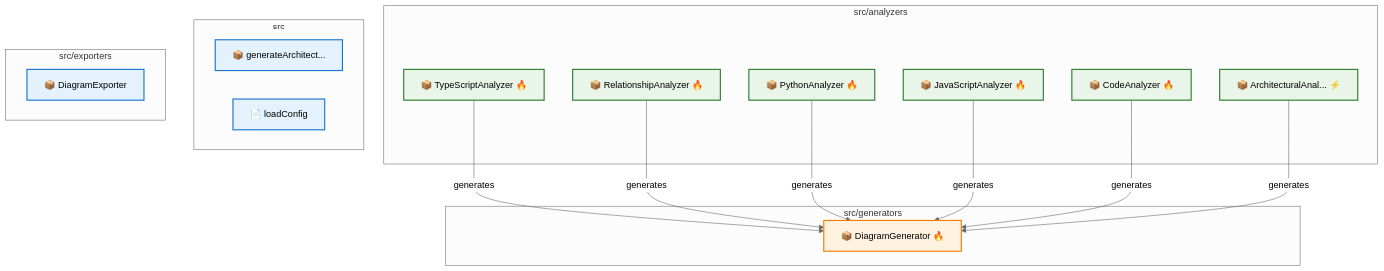
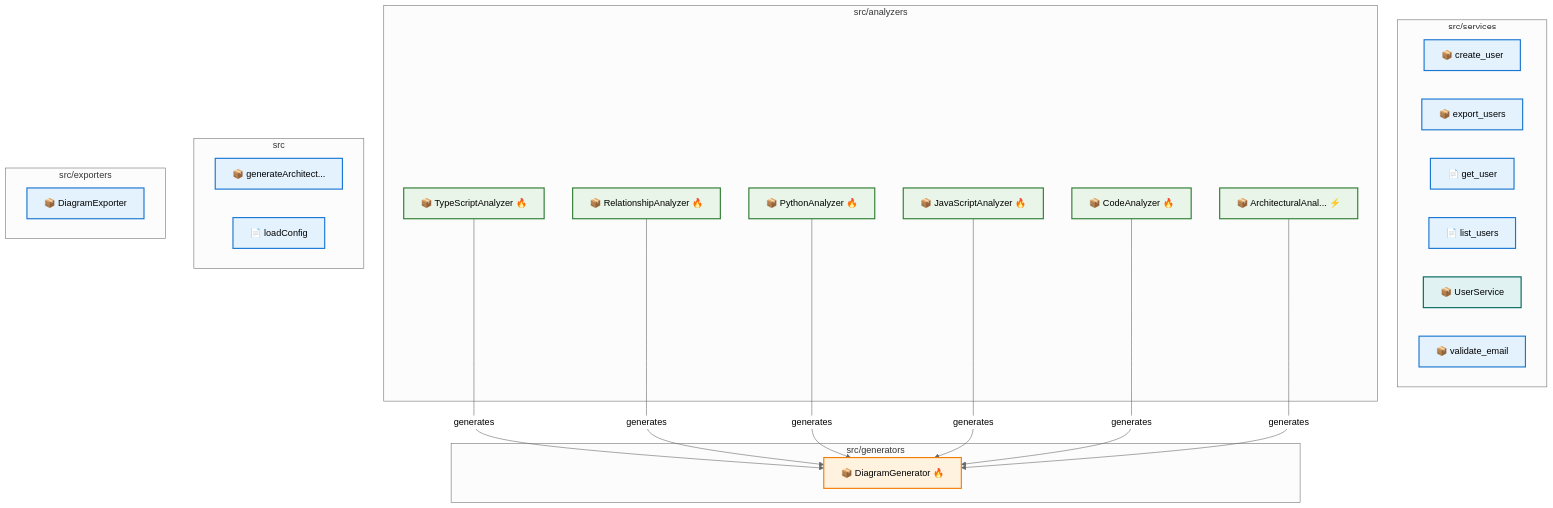
The diagram in docs/architecture/diagrams/overview/architecture.md (samjhill/diagrammer), drawn with Mermaid (neutral theme) before and after one commit. The commit also changed other lines of this file and 48 other files, not shown here.

Commit message:
docs(architecture): update generated diagrams with enhanced metrics and insights [skip ci]

````diff
--- a/docs/architecture/diagrams/overview/architecture.md
+++ b/docs/architecture/diagrams/overview/architecture.md
@@ -24,59 +24,74 @@
 ```mermaid
 graph TB
   classDef component fill:#e3f2fd,stroke:#1976d2,stroke-width:2px
   classDef analyzer fill:#e8f5e8,stroke:#2e7d32,stroke-width:2px
   classDef generator fill:#fff3e0,stroke:#f57c00,stroke-width:2px
   classDef manager fill:#f3e5f5,stroke:#7b1fa2,stroke-width:2px
   classDef service fill:#e0f2f1,stroke:#00695c,stroke-width:2px
   classDef external fill:#ffebee,stroke:#c62828,stroke-width:2px
   classDef large fill:#e3f2fd,stroke:#1976d2,stroke-width:3px,font-size:14px
   classDef medium fill:#e3f2fd,stroke:#1976d2,stroke-width:2px,font-size:12px
   classDef small fill:#e3f2fd,stroke:#1976d2,stroke-width:1px,font-size:10px
   classDef framework fill:#f1f8e9,stroke:#558b2f,stroke-width:2px
   classDef npm fill:#e8eaf6,stroke:#3f51b5,stroke-width:2px
   classDef group fill:#fafafa,stroke:#424242,stroke-width:3px
   classDef relationship fill:#ffeb3b,stroke:#f57f17,stroke-width:2px
   classDef dependency fill:#ff9800,stroke:#e65100,stroke-width:2px
   classDef data fill:#4caf50,stroke:#1b5e20,stroke-width:2px
   classDef api fill:#2196f3,stroke:#0d47a1,stroke-width:2px
+
+  subgraph tests_sample_project_src_services["src/services"]
+    create_user["📦 create_user"]
+    export_users["📦 export_users"]
+    get_user["📄 get_user"]
+    list_users["📄 list_users"]
+    UserService["📦 UserService"]
+    validate_email["📦 validate_email"]
+  end
 
   subgraph src_analyzers["src/analyzers"]
     ArchitecturalAnalyzer["📦 ArchitecturalAnal... ⚡"]
     CodeAnalyzer["📦 CodeAnalyzer 🔥"]
     JavaScriptAnalyzer["📦 JavaScriptAnalyzer 🔥"]
     PythonAnalyzer["📦 PythonAnalyzer 🔥"]
     RelationshipAnalyzer["📦 RelationshipAnalyzer 🔥"]
     TypeScriptAnalyzer["📦 TypeScriptAnalyzer 🔥"]
   end
 
   subgraph src["src"]
     generateArchitectureReadme["📦 generateArchitect..."]
     loadConfig["📄 loadConfig"]
   end
 
   subgraph src_generators["src/generators"]
     DiagramGenerator["📦 DiagramGenerator 🔥"]
   end
 
   subgraph src_exporters["src/exporters"]
     DiagramExporter["📦 DiagramExporter"]
   end
 
+  UserService:::service
+  create_user:::component
+  get_user:::component
+  list_users:::component
+  export_users:::component
+  validate_email:::component
   loadConfig:::component
   generateArchitectureReadme:::component
   DiagramGenerator:::generator
   DiagramExporter:::component
   TypeScriptAnalyzer:::analyzer
   RelationshipAnalyzer:::analyzer
   PythonAnalyzer:::analyzer
   JavaScriptAnalyzer:::analyzer
   CodeAnalyzer:::analyzer
   ArchitecturalAnalyzer:::analyzer
   TypeScriptAnalyzer -->|generates| DiagramGenerator
   RelationshipAnalyzer -->|generates| DiagramGenerator
   PythonAnalyzer -->|generates| DiagramGenerator
   JavaScriptAnalyzer -->|generates| DiagramGenerator
   CodeAnalyzer -->|generates| DiagramGenerator
   ArchitecturalAnalyzer -->|generates| DiagramGenerator
 
 ```
````
